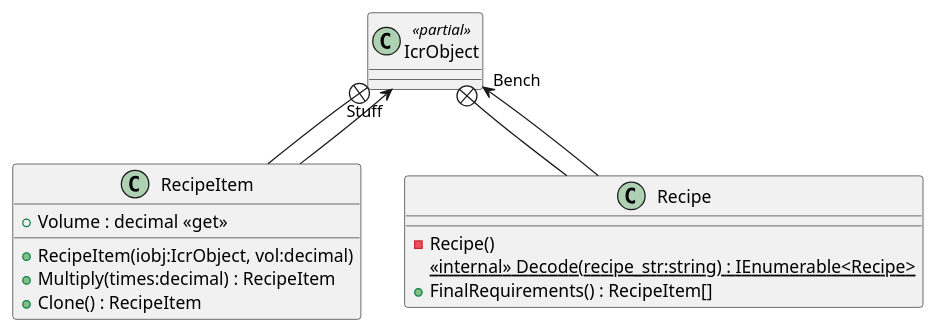
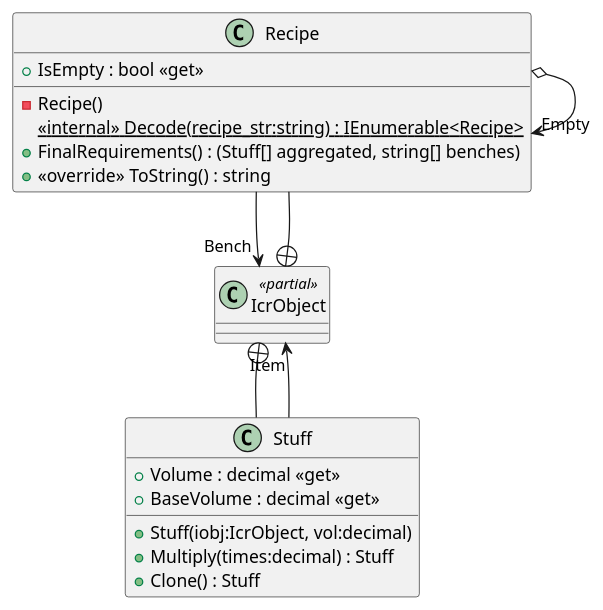
Before and after one commit to MasudaAkio/IcarusUtil: the diagram in plantuml/Recipe.puml, drawn with PlantUML. The commit also changed 28 other files, not shown here.

```diff
--- a/plantuml/Recipe.puml
+++ b/plantuml/Recipe.puml
@@ -1,19 +1,23 @@
 @startuml
 class IcrObject <<partial>> {
 }
-class RecipeItem {
+class Stuff {
     + Volume : decimal <<get>>
-    + RecipeItem(iobj:IcrObject, vol:decimal)
-    + Multiply(times:decimal) : RecipeItem
-    + Clone() : RecipeItem
+    + BaseVolume : decimal <<get>>
+    + Stuff(iobj:IcrObject, vol:decimal)
+    + Multiply(times:decimal) : Stuff
+    + Clone() : Stuff
 }
 class Recipe {
     - Recipe()
+    + IsEmpty : bool <<get>>
     {static} <<internal>> Decode(recipe_str:string) : IEnumerable<Recipe>
-    + FinalRequirements() : RecipeItem[]
+    + FinalRequirements() : (Stuff[] aggregated, string[] benches)
+    + <<override>> ToString() : string
 }
-IcrObject +-- RecipeItem
-RecipeItem --> "Stuff" IcrObject
+IcrObject +-- Stuff
+Stuff --> "Item" IcrObject
 IcrObject +-- Recipe
 Recipe --> "Bench" IcrObject
+Recipe o-> "Empty" Recipe
 @enduml
```
